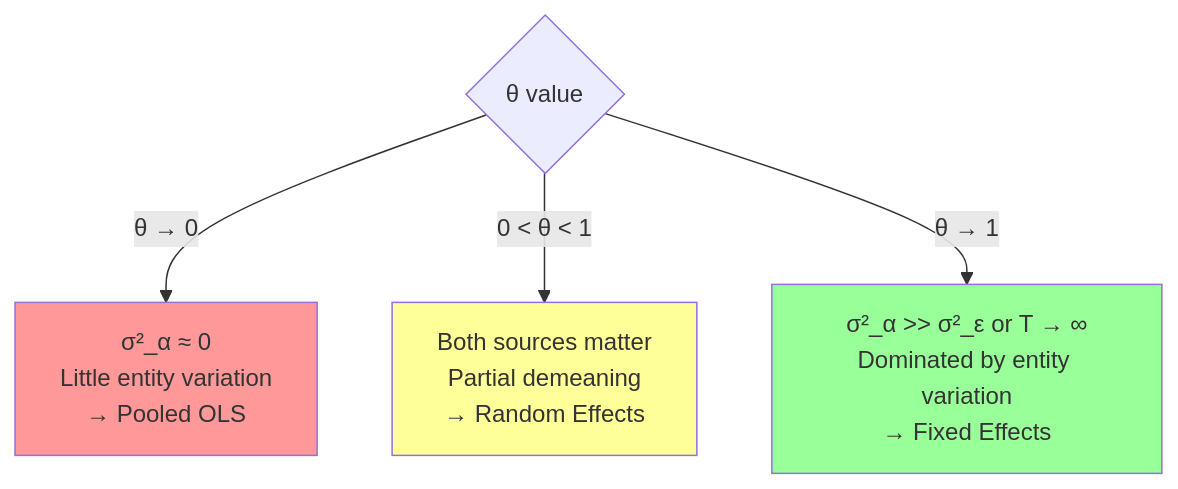
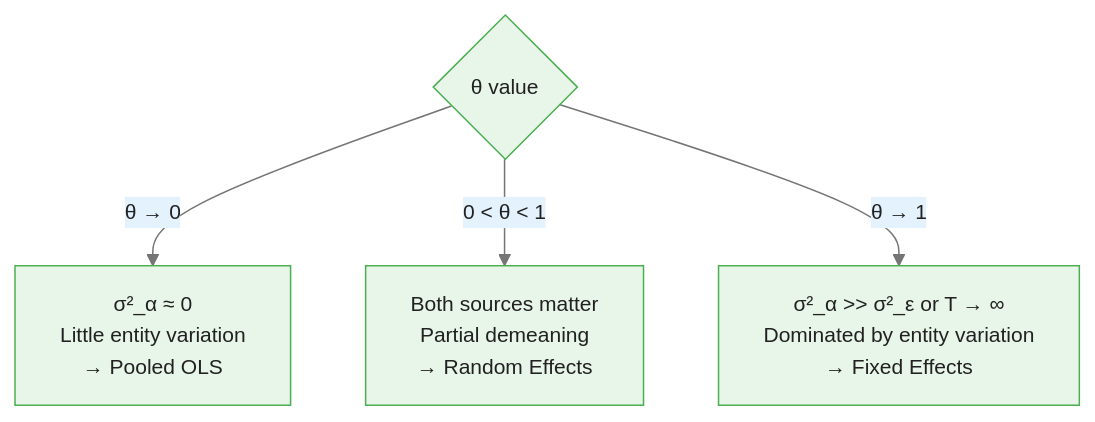
One commit to m-deane/course-creator changed the second of 4 diagrams in courses/panel-regression/modules/module_03_random_effects/guides/01_random_effects_model_slides.md. Above: the diagram before and after it, drawn with Mermaid. The commit also changed other lines of this file and 79 other files, not shown here.

````diff
--- a/courses/panel-regression/modules/module_03_random_effects/guides/01_random_effects_model_slides.md
+++ b/courses/panel-regression/modules/module_03_random_effects/guides/01_random_effects_model_slides.md
@@ -113,11 +138,8 @@
 ```mermaid
+%%{init: {"theme": "base", "themeVariables": {"primaryColor": "#e8f5e9", "primaryBorderColor": "#4caf50", "primaryTextColor": "#212121", "secondaryColor": "#e3f2fd", "tertiaryColor": "#fff8e1", "lineColor": "#757575", "fontFamily": "Inter, sans-serif", "fontSize": "14px"}}}%%
 flowchart TD
     THETA{"θ value"}
     THETA -->|"θ → 0"| LOW["σ²_α ≈ 0<br/>Little entity variation<br/>→ Pooled OLS"]
     THETA -->|"0 < θ < 1"| MID["Both sources matter<br/>Partial demeaning<br/>→ Random Effects"]
     THETA -->|"θ → 1"| HIGH["σ²_α >> σ²_ε or T → ∞<br/>Dominated by entity variation<br/>→ Fixed Effects"]
-
-    style LOW fill:#f99
-    style MID fill:#ff9
-    style HIGH fill:#9f9
 ```
````
